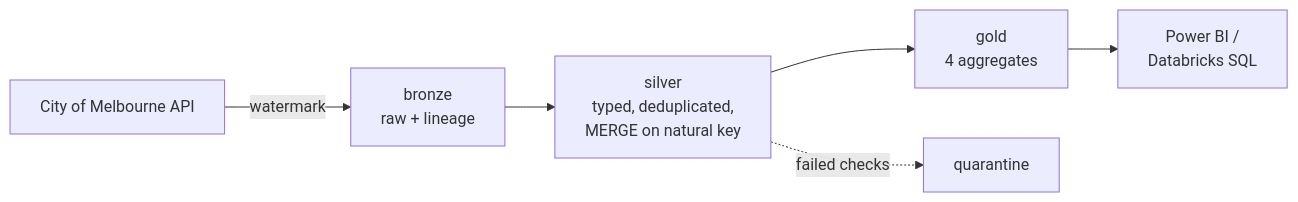
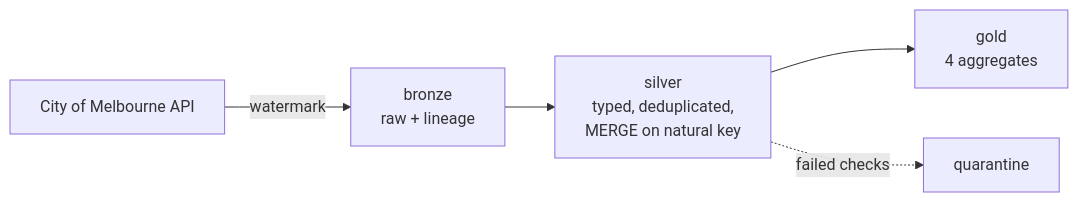
One commit to vipparlapranay/melbourne-pedestrian-lakehouse changed the diagram in README.md. Above: the diagram before and after it, drawn with Mermaid. The commit also changed other lines of this file and 2 other files, not shown here.

````diff
--- a/README.md
+++ b/README.md
@@ -23,8 +51,7 @@
 ```mermaid
 flowchart LR
     API["City of Melbourne API"] -->|watermark| B["bronze<br/>raw + lineage"]
     B --> S["silver<br/>typed, deduplicated,<br/>MERGE on natural key"]
     S --> G["gold<br/>4 aggregates"]
     S -.failed checks.-> Q["quarantine"]
-    G --> BI["Power BI /<br/>Databricks SQL"]
 ```
````
